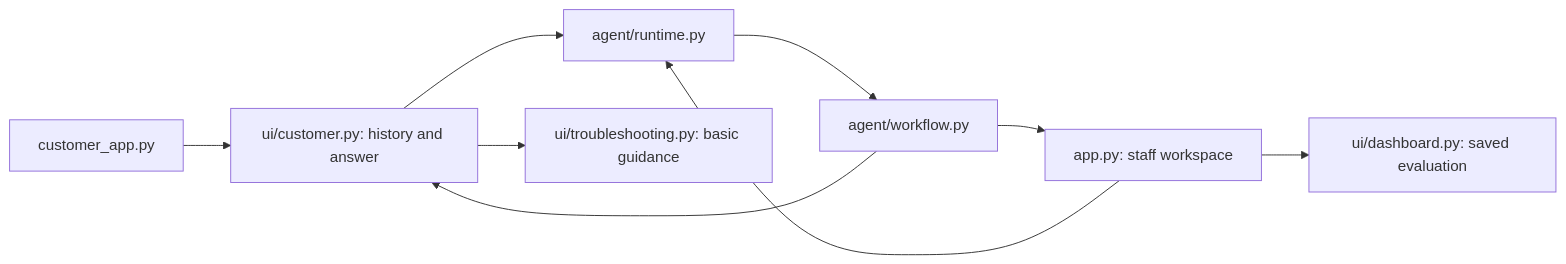
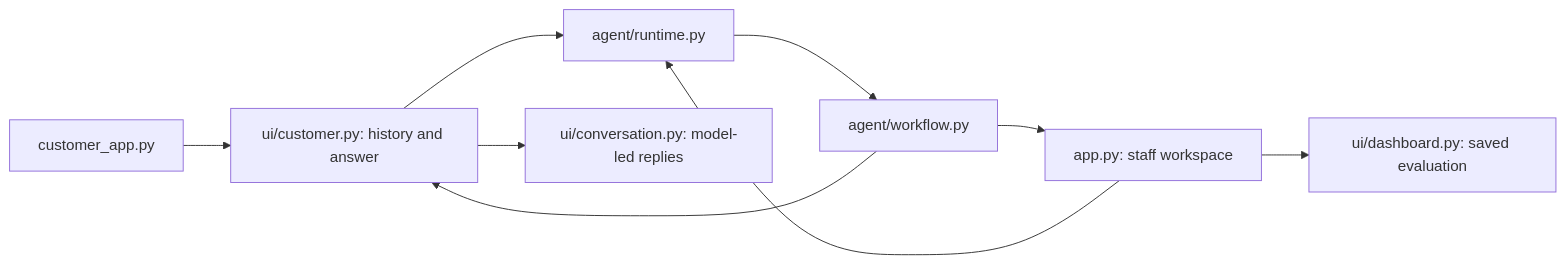
One commit to Raj-UtsaV/comcast-support-agent changed the third of 4 diagrams in docs/reading-guide.md. Above: the diagram before and after it, drawn with Mermaid. The commit also changed other lines of this file and 57 other files, not shown here.

Commit message:
Migrate support UI to Flask and model-led chat; remove demo and submission files

````diff
--- a/docs/reading-guide.md
+++ b/docs/reading-guide.md
@@ -165,11 +159,11 @@
 ```mermaid
 flowchart LR
     C[customer_app.py] --> U[ui/customer.py: history and answer]
     S[app.py: staff workspace] --> R[agent/runtime.py]
     U --> R
     R --> W[agent/workflow.py]
     W --> U
     W --> S
-    U --> T[ui/troubleshooting.py: basic guidance]
+    U --> T[ui/conversation.py: model-led replies]
     S --> D[ui/dashboard.py: saved evaluation]
 ```
````
